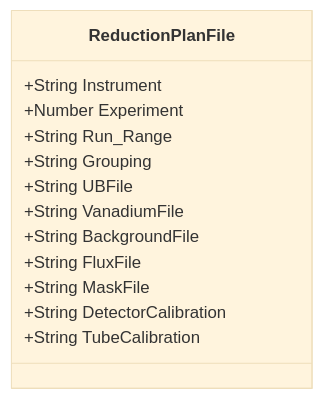
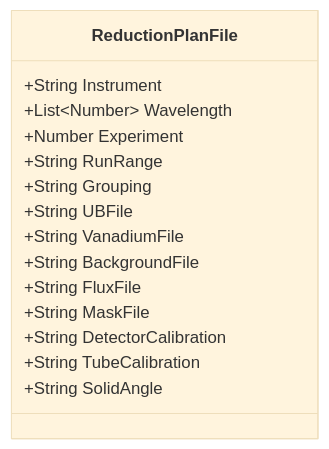
Before and after one commit to neutrons/garnet: the second of 2 diagrams in docs/source/design/reduction_plan.rst, drawn with Mermaid (base theme). The commit also changed other lines of this file and 3 other files, not shown here.

```diff
--- a/docs/source/design/reduction_plan.rst
+++ b/docs/source/design/reduction_plan.rst
@@ -84,16 +85,18 @@
 .. mermaid::
 
     classDiagram
         class ReductionPlanFile{
             +String Instrument
+            +List~Number~ Wavelength
             +Number Experiment
-            +String Run_Range
+            +String RunRange
             +String Grouping
             +String UBFile
             +String VanadiumFile
             +String BackgroundFile
             +String FluxFile
             +String MaskFile
             +String DetectorCalibration
             +String TubeCalibration
+            +String SolidAngle
         }
```
